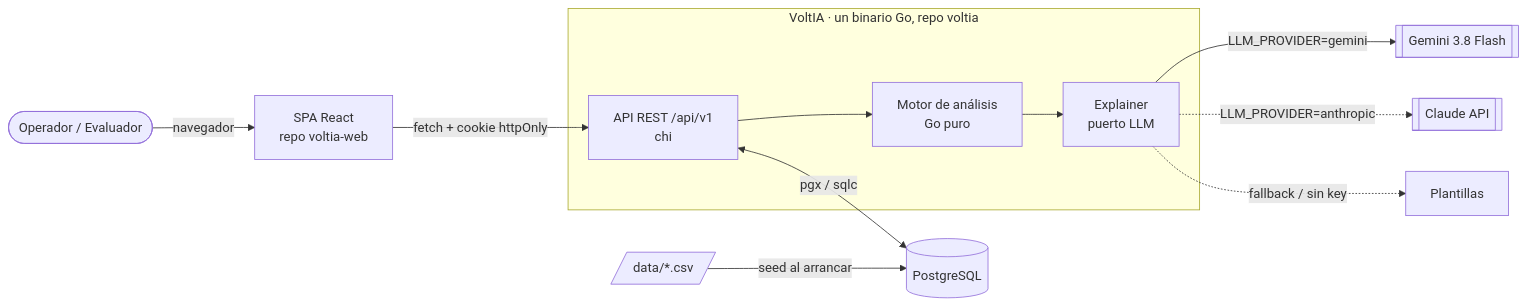
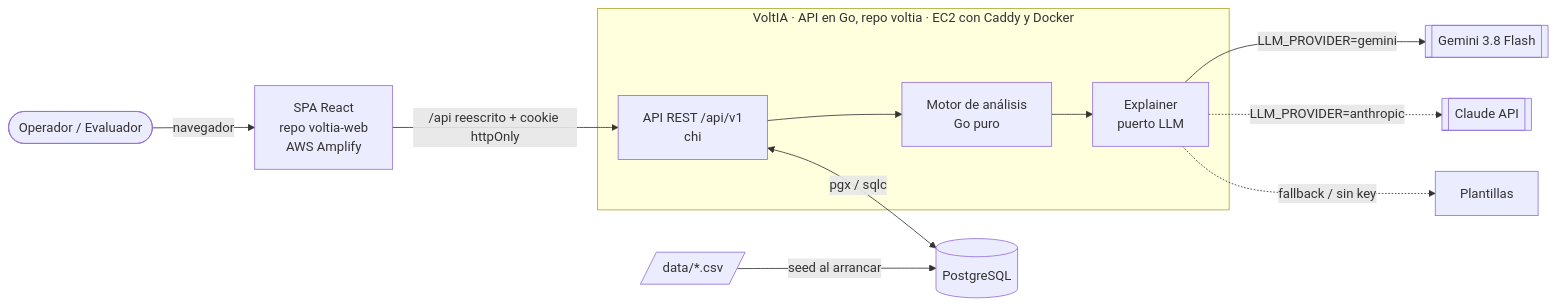
The first of 5 diagrams in docs/architecture.md (m0ntbl4ck/voltia), drawn with Mermaid before and after one commit. The commit also changed other lines of this file and 1 other file, not shown here.

Commit message:
docs: add the architecture demo scene
Scene 10 now explains the architecture in about 100 seconds with the diagram, and the earlier scenes were tightened so the total stays under ten minutes. The diagram and the text under it mention the Amplify and EC2 deployment.

````diff
--- a/docs/architecture.md
+++ b/docs/architecture.md
@@ -53,19 +53,19 @@
 ```mermaid
 flowchart LR
     user([Operador / Evaluador]) -->|navegador| spa
-    spa[SPA React<br/>repo voltia-web] -->|fetch + cookie httpOnly| api
+    spa[SPA React<br/>repo voltia-web<br/>AWS Amplify] -->|/api reescrito + cookie httpOnly| api
 
-    subgraph voltia[VoltIA · un binario Go, repo voltia]
+    subgraph voltia[VoltIA · API en Go, repo voltia · EC2 con Caddy y Docker]
         api[API REST /api/v1<br/>chi]
         engine[Motor de análisis<br/>Go puro]
         explainer[Explainer<br/>puerto LLM]
         api --> engine
         engine --> explainer
     end
 
     api <-->|pgx / sqlc| db[(PostgreSQL)]
     explainer -->|LLM_PROVIDER=gemini| gemini[[Gemini 3.8 Flash]]
     explainer -.->|LLM_PROVIDER=anthropic| claude[[Claude API]]
     explainer -.->|fallback / sin key| tpl[Plantillas]
     csv[/data/*.csv/] -->|seed al arrancar| db
 ```
````
